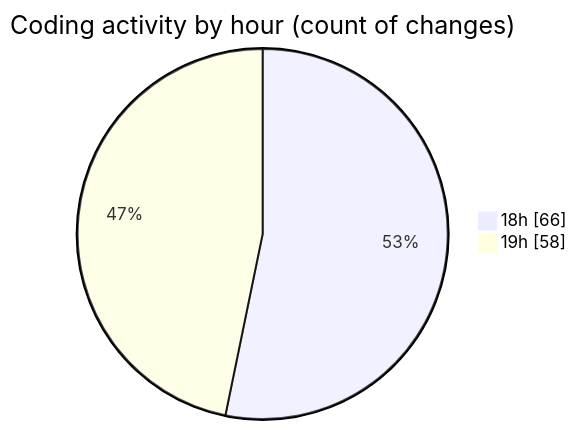
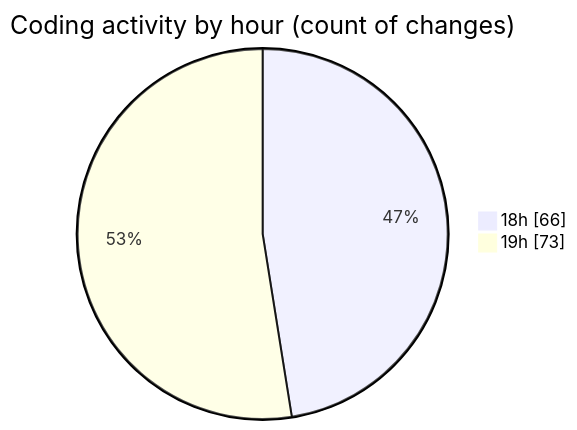
One commit to Ritupan-Deka/code-tracking changed the second of 2 diagrams in 2025-07-16/mern-workoutboard/README.md. Above: the diagram before and after it, drawn with Mermaid. The commit also changed other lines of this file and 1 other file, not shown here.

````diff
--- a/2025-07-16/mern-workoutboard/README.md
+++ b/2025-07-16/mern-workoutboard/README.md
@@ -33,6 +33,6 @@
 ```mermaid
 pie showData
 title Coding activity by hour (count of changes)
 "18h" : 66
-"19h" : 58
+"19h" : 73
 ```
````
